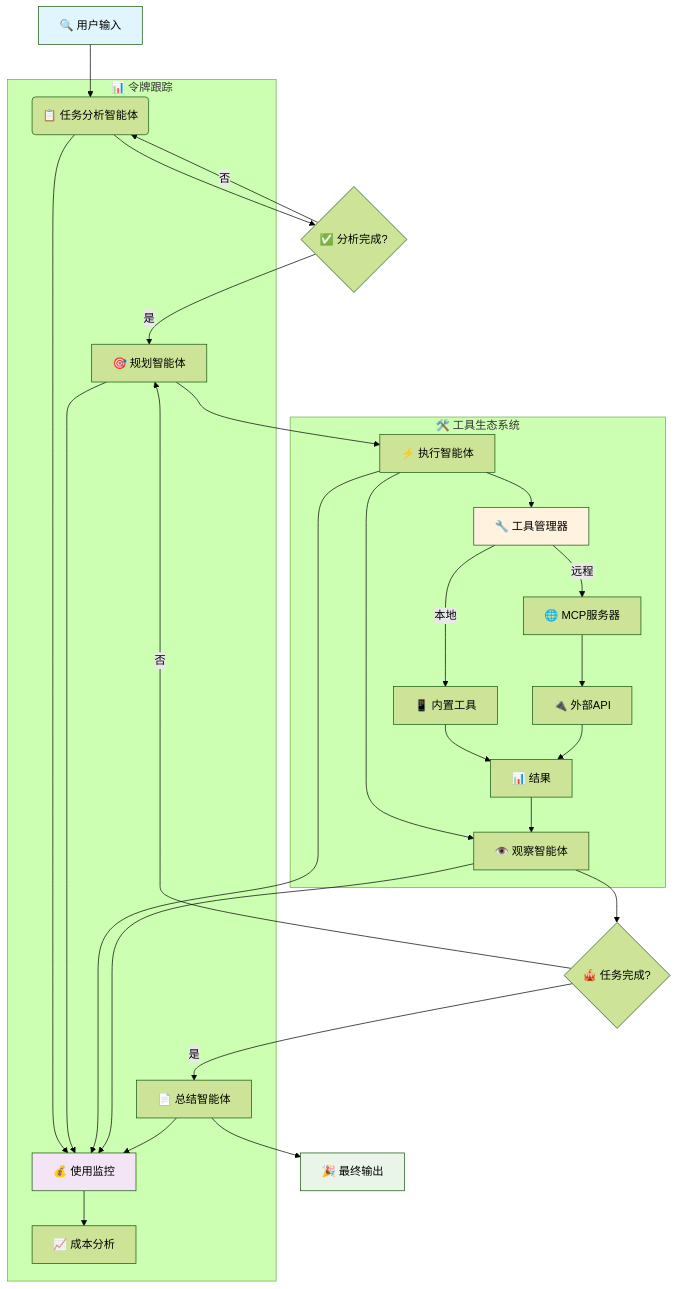
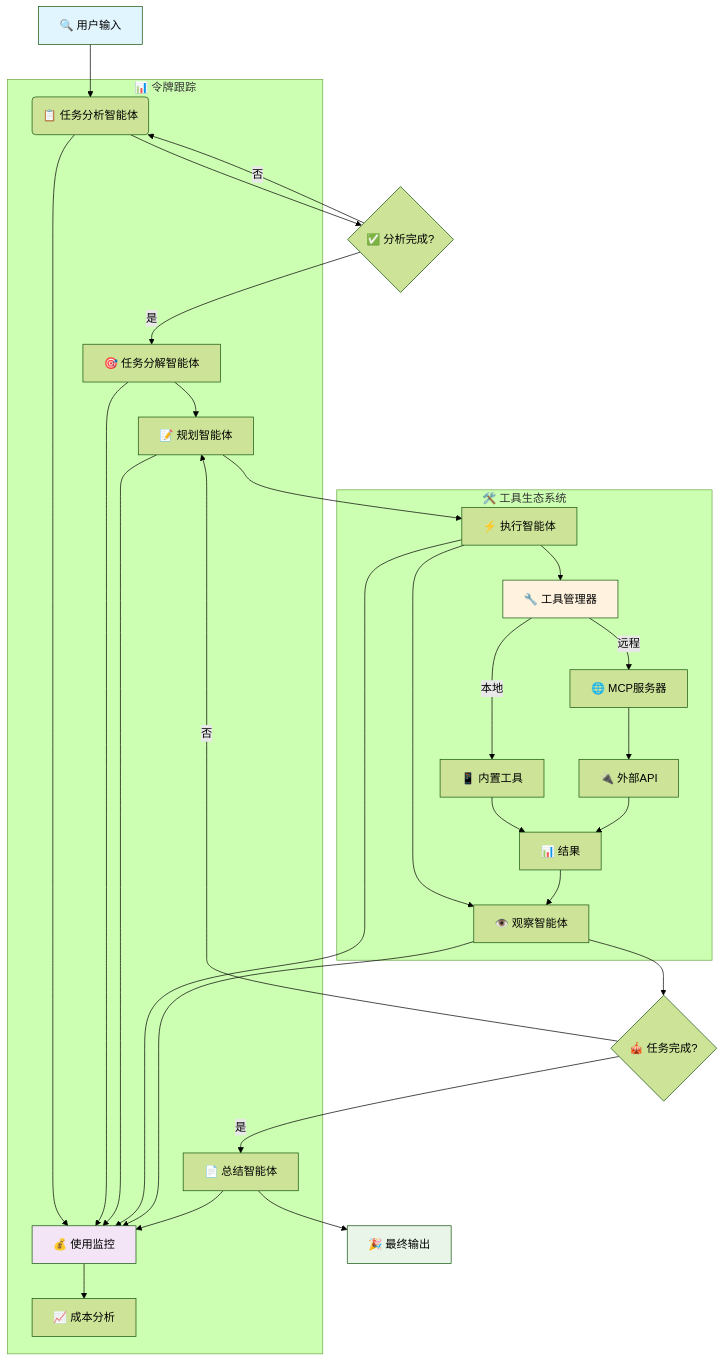
Before and after one commit to baller/SuperTravelAgent: the diagram in README_CN.md, drawn with Mermaid (forest theme). The commit also changed other lines of this file and 3 other files, not shown here.

````diff
--- a/README_CN.md
+++ b/README_CN.md
@@ -50,37 +50,39 @@
 ```mermaid
 graph TD
     A[🔍 用户输入] --> B(📋 任务分析智能体)
     B --> C{✅ 分析完成?}
-    C -->|是| D[🎯 规划智能体]
+    C -->|是| D[🎯 任务分解智能体]
     C -->|否| B
-    D --> E[⚡ 执行智能体]
-    E --> F[👁️ 观察智能体]
-    F --> G{🎪 任务完成?}
-    G -->|是| H[📄 总结智能体]
-    G -->|否| D
-    H --> I[🎉 最终输出]
+    D --> E[📝 规划智能体]
+    E --> F[⚡ 执行智能体]
+    F --> G[👁️ 观察智能体]
+    G --> H{🎪 任务完成?}
+    H -->|是| I[📄 总结智能体]
+    H -->|否| E
+    I --> J[🎉 最终输出]
     
     subgraph "🛠️ 工具生态系统"
-        E --> J[🔧 工具管理器]
-        J -->|本地| K[📱 内置工具]
-        J -->|远程| L[🌐 MCP服务器]
-        L --> M[🔌 外部API]
-        K --> N[📊 结果]
-        M --> N
-        N --> F
+        F --> K[🔧 工具管理器]
+        K -->|本地| L[📱 内置工具]
+        K -->|远程| M[🌐 MCP服务器]
+        M --> N[🔌 外部API]
+        L --> O[📊 结果]
+        N --> O
+        O --> G
     end
     
     subgraph "📊 令牌跟踪"
         B --> P[💰 使用监控]
         D --> P
         E --> P
         F --> P
-        H --> P
+        G --> P
+        I --> P
         P --> Q[📈 成本分析]
     end
     
     style A fill:#e1f5fe
-    style I fill:#e8f5e8
-    style J fill:#fff3e0
+    style J fill:#e8f5e8
+    style K fill:#fff3e0
     style P fill:#f3e5f5
 ```
````
